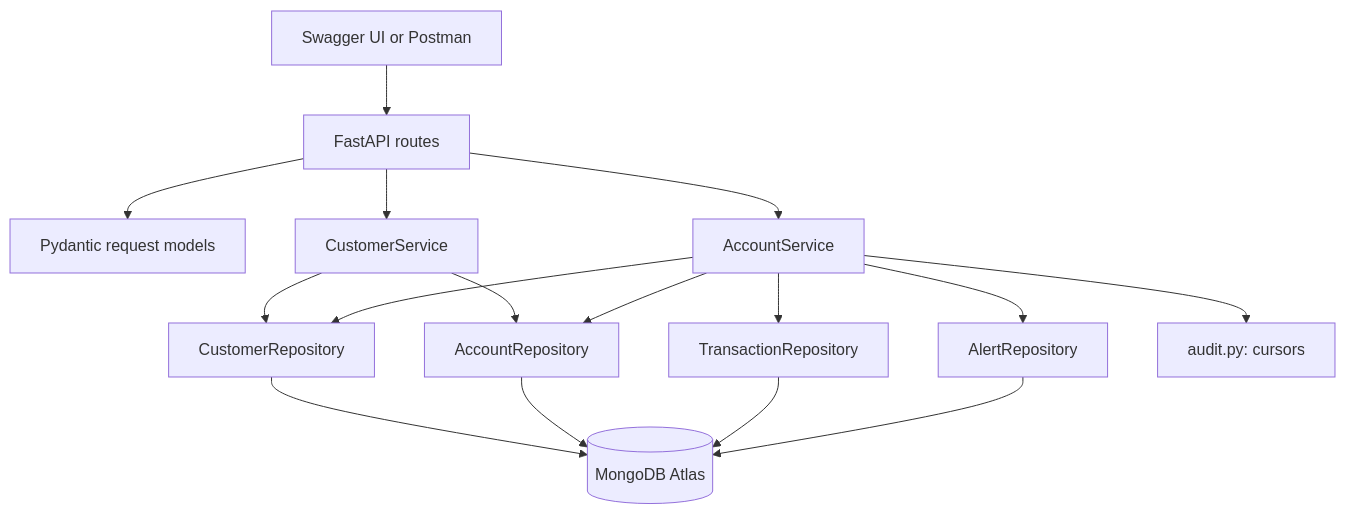
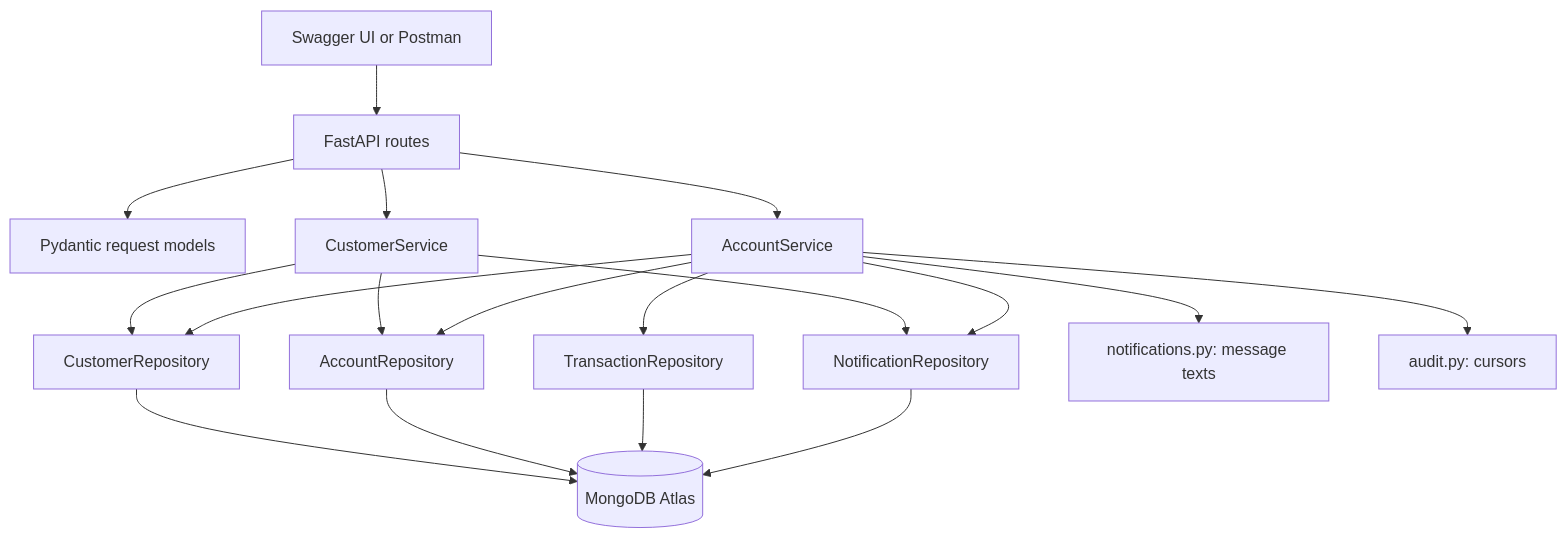
Before and after one commit to RootMoataz/Banking-App: the second of 2 diagrams in docs/dependencies.md, drawn with Mermaid. The commit also changed other lines of this file and 23 other files, not shown here.

First line of the commit message:
Add notifications, transfers, premium accounts, cascade delete and CORS

````diff
--- a/docs/dependencies.md
+++ b/docs/dependencies.md
@@ -67,18 +78,20 @@
 ```mermaid
 flowchart TD
     Swagger[Swagger UI or Postman] --> Routes[FastAPI routes]
     Routes --> Validation[Pydantic request models]
     Routes --> Customers[CustomerService]
     Routes --> Accounts[AccountService]
     Customers --> CustomerRepo[CustomerRepository]
     Customers --> AccountRepo[AccountRepository]
+    Customers --> Notifications[NotificationRepository]
     Accounts --> CustomerRepo
     Accounts --> AccountRepo
     Accounts --> Transactions[TransactionRepository]
-    Accounts --> Alerts[AlertRepository]
+    Accounts --> Messages[notifications.py: message texts]
+    Accounts --> Notifications
     Accounts --> Audit[audit.py: cursors]
     CustomerRepo --> Mongo[(MongoDB Atlas)]
     AccountRepo --> Mongo
     Transactions --> Mongo
-    Alerts --> Mongo
+    Notifications --> Mongo
 ```
````
